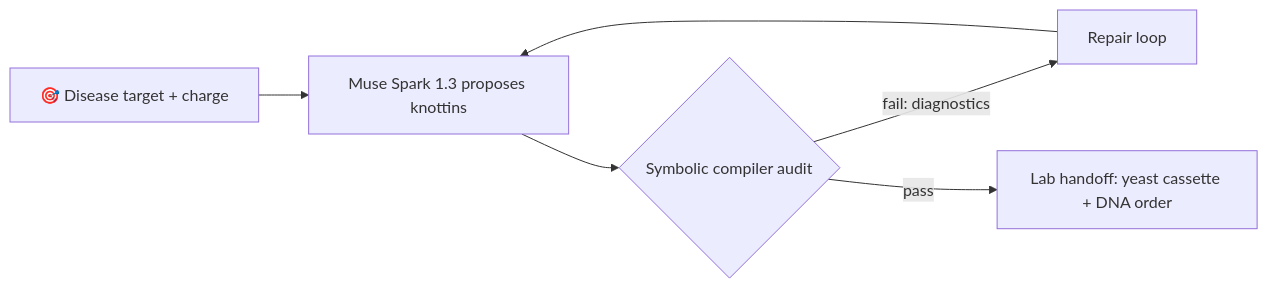
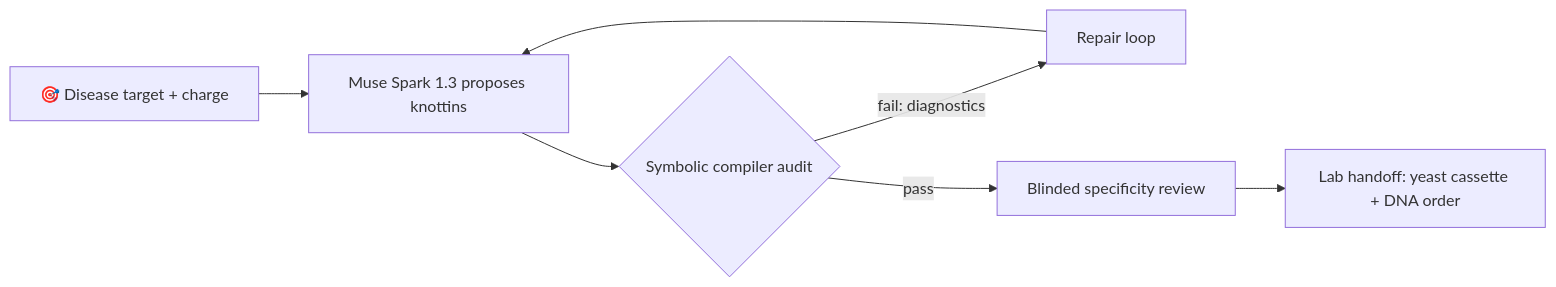
Before and after one commit to henryweimd/cozy-peptide: the diagram in README.md, drawn with Mermaid. The commit also changed other lines of this file and 12 other files, not shown here.

First line of the commit message:
feat: blinded specificity review, codon/cassette hardening, demo telemetry

````diff
--- a/README.md
+++ b/README.md
@@ -112,8 +112,9 @@
 ```mermaid
 flowchart LR
     A["🎯 Disease target + charge"] --> B["Muse Spark 1.3 proposes knottins"]
     B --> C{"Symbolic compiler audit"}
     C -->|"fail: diagnostics"| D["Repair loop"]
     D --> B
-    C -->|"pass"| E["Lab handoff: yeast cassette + DNA order"]
+    C -->|"pass"| S["Blinded specificity review"]
+    S --> E["Lab handoff: yeast cassette + DNA order"]
 ```
````
